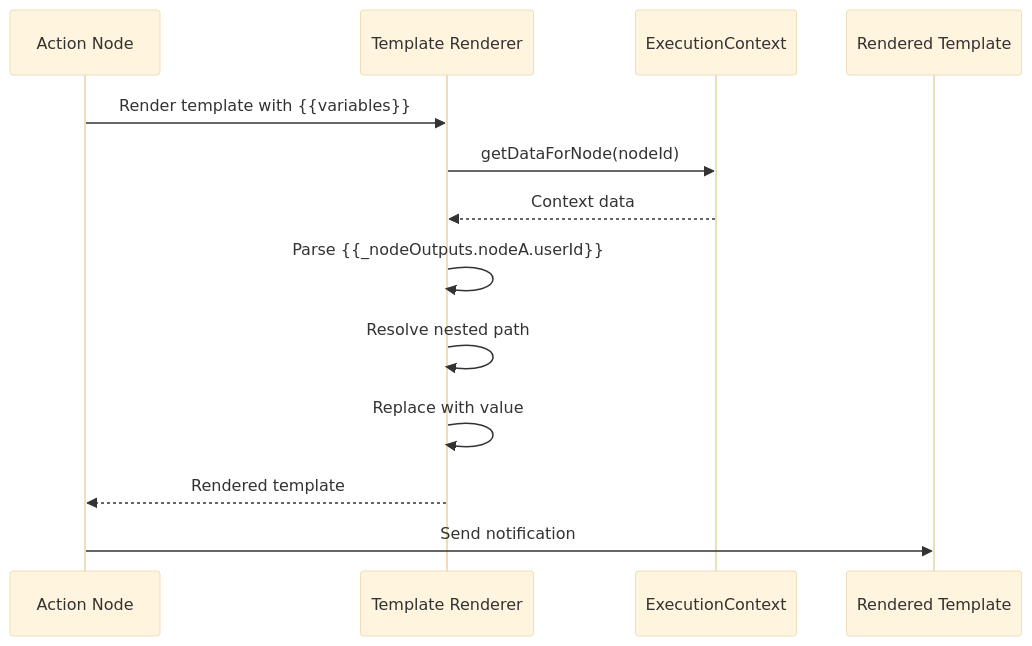
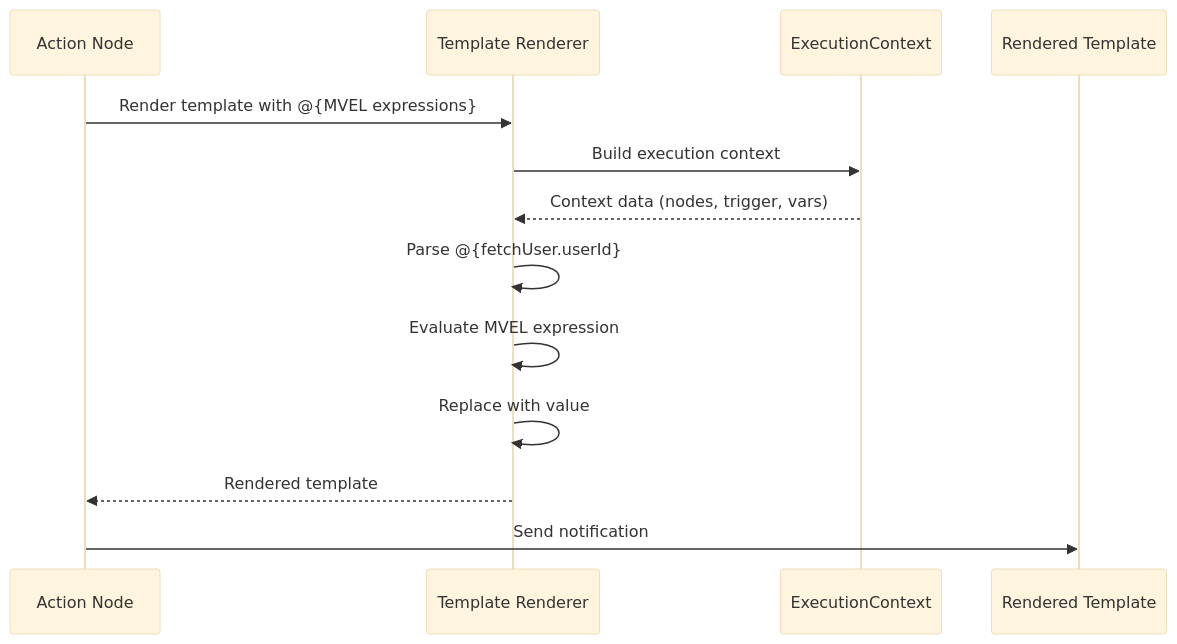
Before and after one commit to Ngoctrong102/workflow: the sixth of 15 diagrams in docs/technical/backend/workflow-context-management.md, drawn with Mermaid (base theme). The commit also changed other lines of this file and 392 other files, not shown here.

````diff
--- a/docs/technical/backend/workflow-context-management.md
+++ b/docs/technical/backend/workflow-context-management.md
@@ -275,16 +280,16 @@
 ```mermaid
 sequenceDiagram
     participant NODE as Action Node
     participant TR as Template Renderer
     participant EC as ExecutionContext
     participant RESULT as Rendered Template
     
-    NODE->>TR: Render template with {{variables}}
-    TR->>EC: getDataForNode(nodeId)
-    EC-->>TR: Context data
-    TR->>TR: Parse {{_nodeOutputs.nodeA.userId}}
-    TR->>TR: Resolve nested path
+    NODE->>TR: Render template with @{MVEL expressions}
+    TR->>EC: Build execution context
+    EC-->>TR: Context data (nodes, trigger, vars)
+    TR->>TR: Parse @{fetchUser.userId}
+    TR->>TR: Evaluate MVEL expression
     TR->>TR: Replace with value
     TR-->>NODE: Rendered template
     NODE->>RESULT: Send notification
 ```
````
